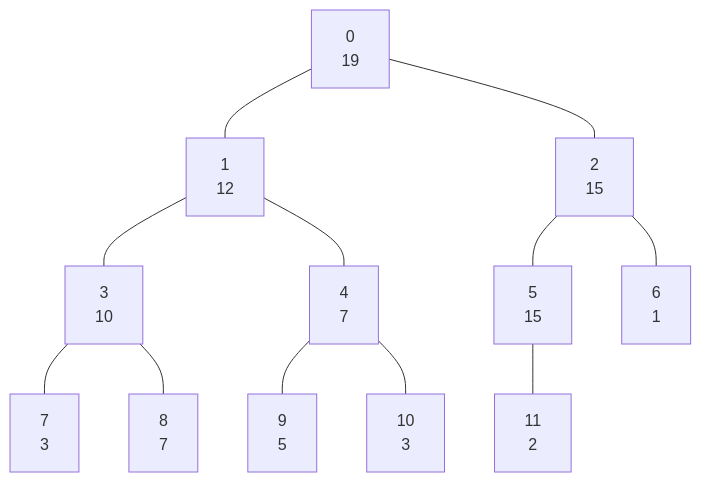
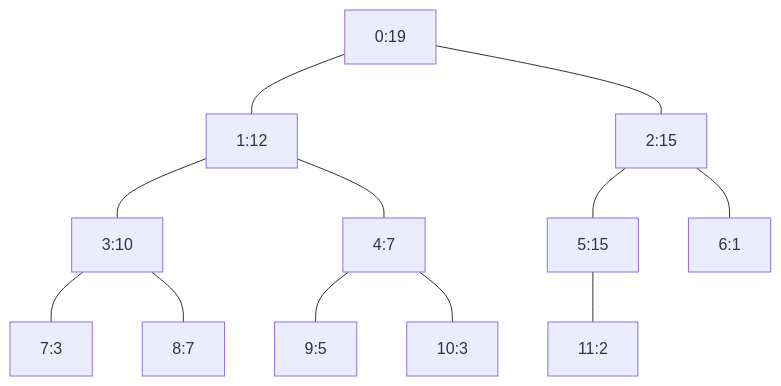
One commit to aki-ph-chem/kencho changed the eighth of 8 diagrams in ss10/README.md. Above: the diagram before and after it, drawn with Mermaid.

````diff
--- a/ss10/README.md
+++ b/ss10/README.md
@@ -100,14 +100,14 @@
 ```mermaid
 graph TD
-0[0\n19]---1[1\n12]
-1[1\n12]---3[3\n10]
-3[3\n10]---7[7\n3]
-3[3\n10]---8[8\n7]
-1[1\n12]---4[4\n7]
-4[4\n7]---9[9\n5]
-4[4\n7]---10[10\n3]
-0[0\n19]---2[2\n15]
-2[2\n15]---5[5\n6]
-5[5\n15]---11[11\n2]
-2[2\n15]---6[6\n1]
+0[0:19]---1[1:12]
+1[1:12]---3[3:10]
+3[3:10]---7[7:3]
+3[3:10]---8[8:7]
+1[1:12]---4[4:7]
+4[4:7]---9[9:5]
+4[4:7]---10[10:3]
+0[0:19]---2[2:15]
+2[2:15]---5[5:6]
+5[5:15]---11[11:2]
+2[2:15]---6[6:1]
 ```
````
